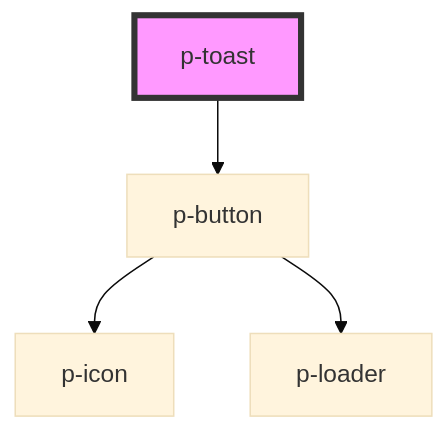
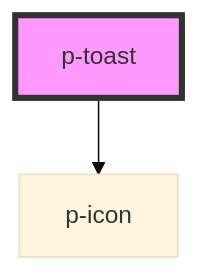
Before and after one commit to Employes/Paperless: the diagram in packages/core/src/components/molecules/toast/readme.md, drawn with Mermaid (base theme). The commit also changed other lines of this file and 10 other files, not shown here.

````diff
--- a/packages/core/src/components/molecules/toast/readme.md
+++ b/packages/core/src/components/molecules/toast/readme.md
@@ -35,7 +35,5 @@
 ```mermaid
 graph TD;
-  p-toast --> p-button
-  p-button --> p-icon
-  p-button --> p-loader
+  p-toast --> p-icon
   style p-toast fill:#f9f,stroke:#333,stroke-width:4px
 ```
````
